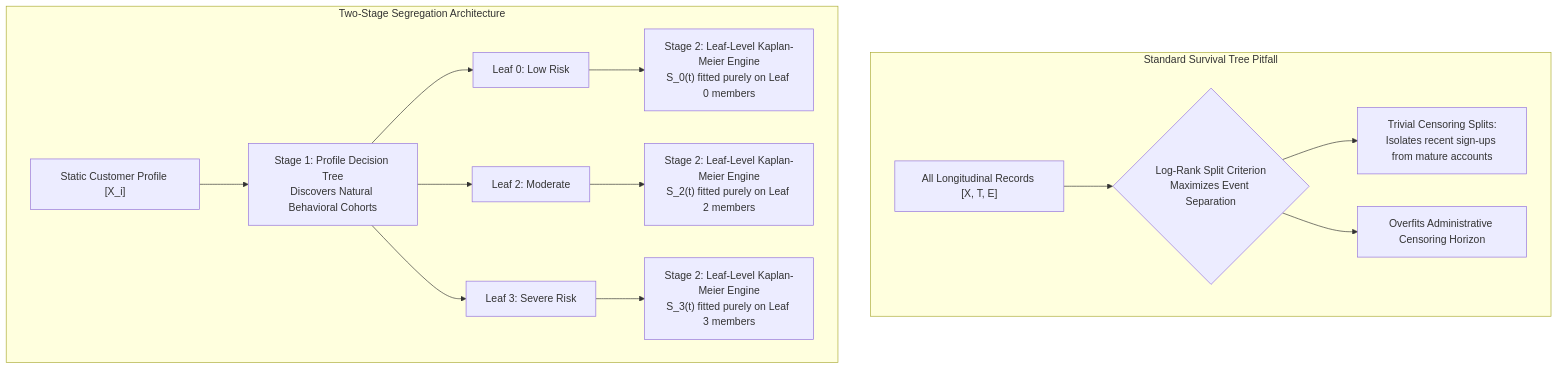
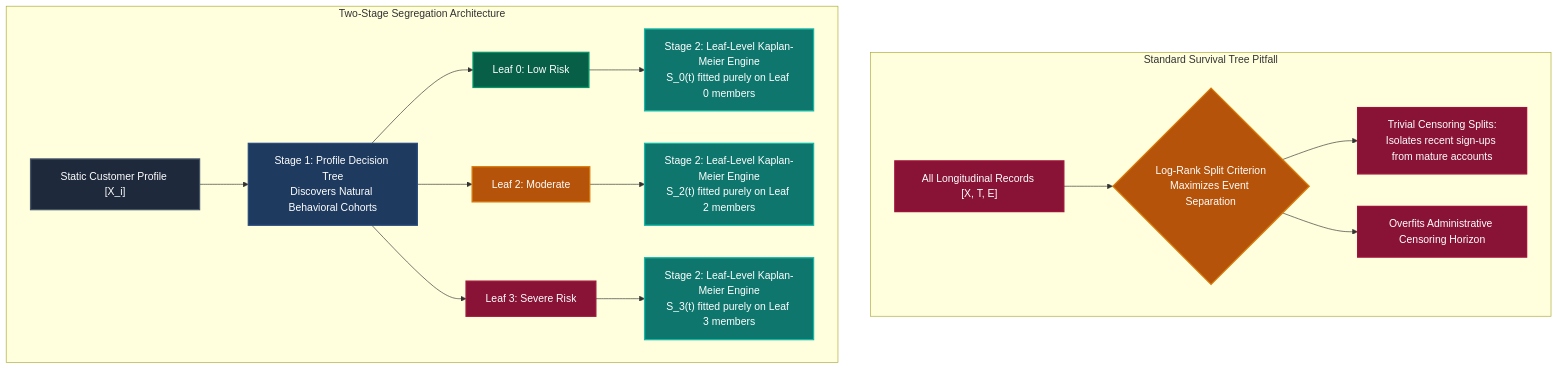
One commit to jkapila/mltreelib changed the diagram in docs/blog/segregate-first-two-stage-survival-trees.md. Above: the diagram before and after it, drawn with Mermaid. The commit also changed 18 other files, not shown here.

Commit message:
docs: add native ModelTree graph, 5-leaf survival profiles, and color palette across all Mermaid diagrams

````diff
--- a/docs/blog/segregate-first-two-stage-survival-trees.md
+++ b/docs/blog/segregate-first-two-stage-survival-trees.md
@@ -36,18 +36,36 @@
 ```mermaid
 flowchart TD
     subgraph Trap["Standard Survival Tree Pitfall"]
         A["All Longitudinal Records [X, T, E]"] --> B{"Log-Rank Split Criterion\nMaximizes Event Separation"}
         B --> C["Trivial Censoring Splits:\nIsolates recent sign-ups from mature accounts"]
         B --> D["Overfits Administrative Censoring Horizon"]
     end
 
     subgraph Solved["Two-Stage Segregation Architecture"]
         E["Static Customer Profile [X_i]"] --> F["Stage 1: Profile Decision Tree\nDiscovers Natural Behavioral Cohorts"]
         F --> G["Leaf 0: Low Risk"]
         F --> H["Leaf 2: Moderate"]
         F --> I["Leaf 3: Severe Risk"]
         G --> J["Stage 2: Leaf-Level Kaplan-Meier Engine\nS_0(t) fitted purely on Leaf 0 members"]
         H --> K["Stage 2: Leaf-Level Kaplan-Meier Engine\nS_2(t) fitted purely on Leaf 2 members"]
         I --> L["Stage 2: Leaf-Level Kaplan-Meier Engine\nS_3(t) fitted purely on Leaf 3 members"]
     end
+
+    classDef trapBox fill:#881337,stroke:#9f1239,stroke-width:2px,color:#ffffff;
+    classDef gateBox fill:#b45309,stroke:#d97706,stroke-width:2px,color:#ffffff;
+    classDef dataBox fill:#1e293b,stroke:#475569,stroke-width:2px,color:#ffffff;
+    classDef stageBox fill:#1e3a5f,stroke:#2b4c7e,stroke-width:2px,color:#ffffff;
+    classDef lowRisk fill:#065f46,stroke:#059669,stroke-width:2px,color:#ffffff;
+    classDef medRisk fill:#b45309,stroke:#d97706,stroke-width:2px,color:#ffffff;
+    classDef highRisk fill:#881337,stroke:#9f1239,stroke-width:2px,color:#ffffff;
+    classDef kmBox fill:#0f766e,stroke:#14b8a6,stroke-width:2px,color:#ffffff;
+
+    class A,C,D trapBox;
+    class B gateBox;
+    class E dataBox;
+    class F stageBox;
+    class G lowRisk;
+    class H medRisk;
+    class I highRisk;
+    class J,K,L kmBox;
 ```
````
